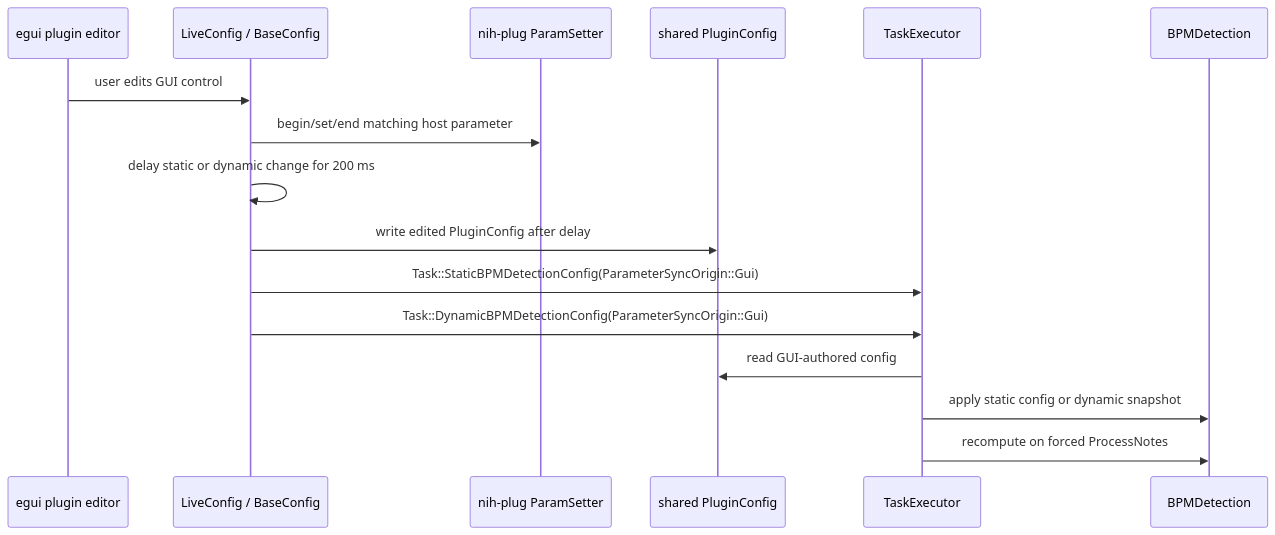
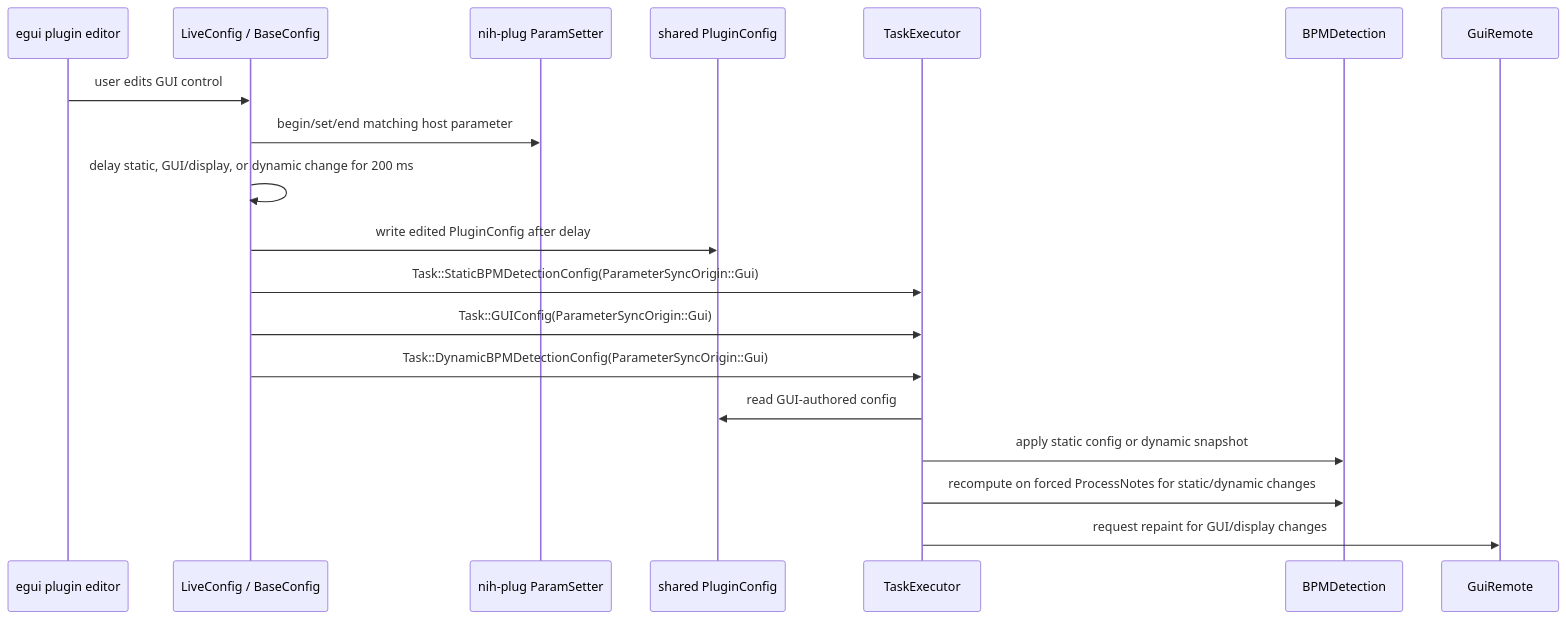
One commit to valsteen/midi_bpm_detection changed the sixth of 11 diagrams in docs/runtime-lifecycle.md. Above: the diagram before and after it, drawn with Mermaid. The commit also changed other lines of this file, not shown here.

Commit message:
Refresh runtime lifecycle GUI sync docs

````diff
--- a/docs/runtime-lifecycle.md
+++ b/docs/runtime-lifecycle.md
@@ -225,19 +226,22 @@
 ```mermaid
 sequenceDiagram
     participant Editor as egui plugin editor
     participant Live as LiveConfig / BaseConfig
     participant Setter as nih-plug ParamSetter
     participant Config as shared PluginConfig
     participant Exec as TaskExecutor
     participant Model as BPMDetection
+    participant GuiRemote as GuiRemote
 
     Editor->>Live: user edits GUI control
     Live->>Setter: begin/set/end matching host parameter
-    Live->>Live: delay static or dynamic change for 200 ms
+    Live->>Live: delay static, GUI/display, or dynamic change for 200 ms
     Live->>Config: write edited PluginConfig after delay
     Live->>Exec: Task::StaticBPMDetectionConfig(ParameterSyncOrigin::Gui)
+    Live->>Exec: Task::GUIConfig(ParameterSyncOrigin::Gui)
     Live->>Exec: Task::DynamicBPMDetectionConfig(ParameterSyncOrigin::Gui)
     Exec->>Config: read GUI-authored config
     Exec->>Model: apply static config or dynamic snapshot
-    Exec->>Model: recompute on forced ProcessNotes
+    Exec->>Model: recompute on forced ProcessNotes for static/dynamic changes
+    Exec->>GuiRemote: request repaint for GUI/display changes
 ```
````
